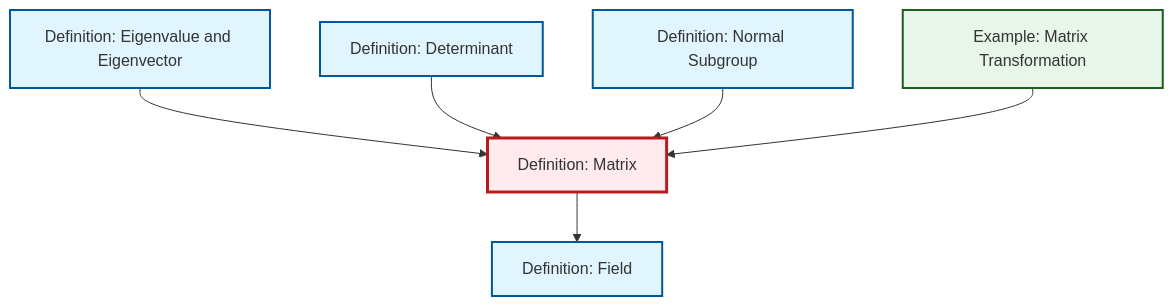
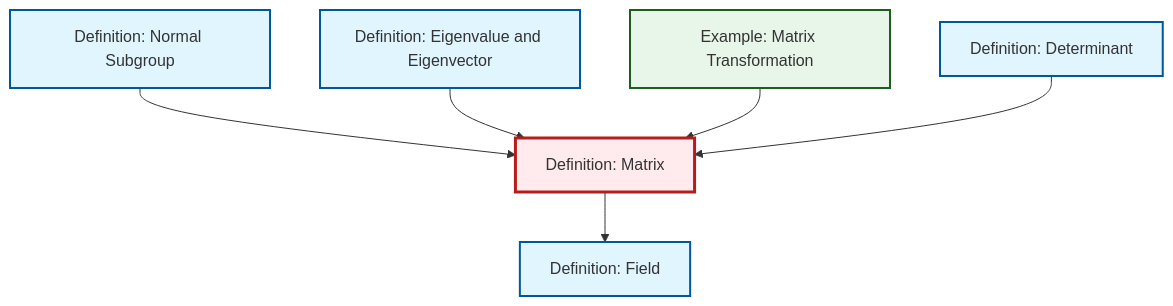
The diagram in output/mermaid/en/def-matrix.mermaid (RK0429/ModernMath), drawn with Mermaid before and after one commit. The commit also changed 3144 other files, not shown here.

```diff
--- a/output/mermaid/en/def-matrix.mermaid
+++ b/output/mermaid/en/def-matrix.mermaid
@@ -1,19 +1,18 @@
-%%| fig-cap: "Local dependency graph"
 graph TD
     classDef definition fill:#e1f5fe,stroke:#01579b,stroke-width:2px
     classDef theorem fill:#f3e5f5,stroke:#4a148c,stroke-width:2px
     classDef axiom fill:#fff3e0,stroke:#e65100,stroke-width:2px
     classDef example fill:#e8f5e9,stroke:#1b5e20,stroke-width:2px
     classDef current fill:#ffebee,stroke:#b71c1c,stroke-width:3px
+    def-determinant["Definition: Determinant"]:::definition
+    def-eigenvalue-eigenvector["Definition: Eigenvalue and Eigenvector"]:::definition
+    def-field["Definition: Field"]:::definition
+    def-matrix["Definition: Matrix"]:::definition
+    ex-matrix-transformation["Example: Matrix Transformation"]:::example
     def-normal-subgroup["Definition: Normal Subgroup"]:::definition
-    ex-matrix-transformation["Example: Matrix Transformation"]:::example
-    def-field["Definition: Field"]:::definition
-    def-eigenvalue-eigenvector["Definition: Eigenvalue and Eigenvector"]:::definition
-    def-matrix["Definition: Matrix"]:::definition
-    def-determinant["Definition: Determinant"]:::definition
+    def-normal-subgroup --> def-matrix
+    def-matrix --> def-field
     def-eigenvalue-eigenvector --> def-matrix
+    ex-matrix-transformation --> def-matrix
     def-determinant --> def-matrix
-    def-matrix --> def-field
-    def-normal-subgroup --> def-matrix
-    ex-matrix-transformation --> def-matrix
     class def-matrix current
```
